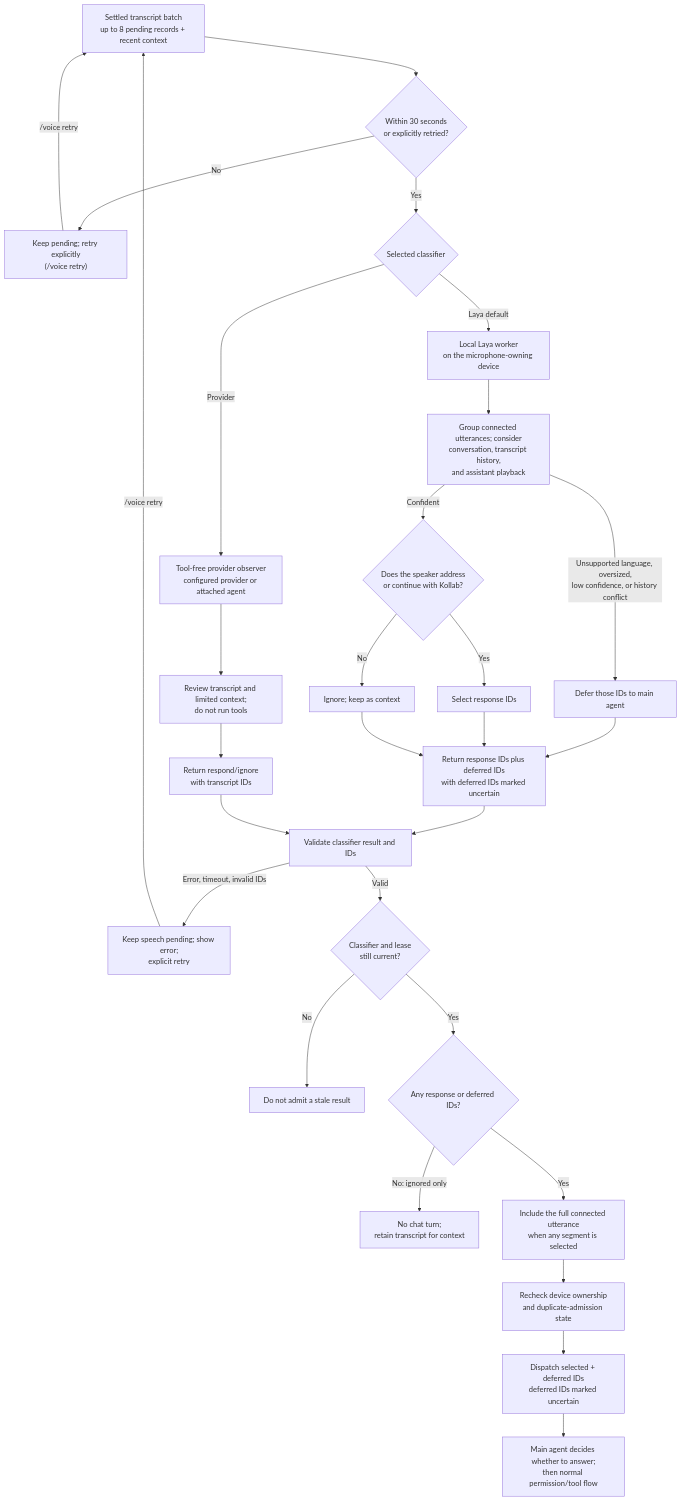
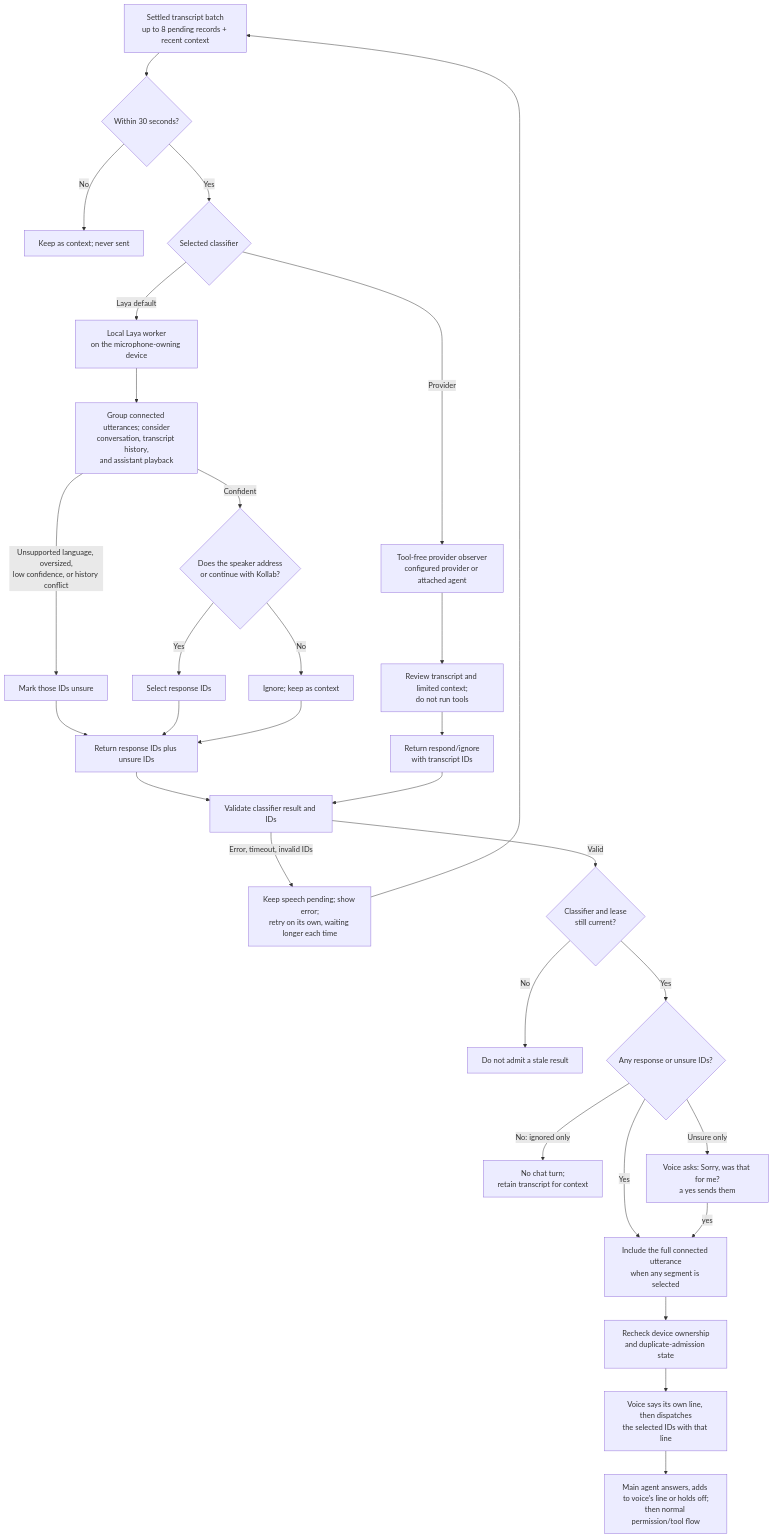
Before and after one commit to kollaborai/kollab: the second of 2 diagrams in docs/features/voice-mode.md, drawn with Mermaid. The commit also changed other lines of this file and 36 other files, not shown here.

````diff
--- a/docs/features/voice-mode.md
+++ b/docs/features/voice-mode.md
@@ -76,35 +83,36 @@
 ```mermaid
 flowchart TD
-    Batch["Settled transcript batch<br/>up to 8 pending records + recent context"] --> Fresh{"Within 30 seconds<br/>or explicitly retried?"}
-    Fresh -->|No| Pending["Keep pending; retry explicitly<br/>(/voice retry)"]
+    Batch["Settled transcript batch<br/>up to 8 pending records + recent context"] --> Fresh{"Within 30 seconds?"}
+    Fresh -->|No| Context["Keep as context; never sent"]
     Fresh -->|Yes| Route{"Selected classifier"}
-    Pending -->|/voice retry| Batch
 
     Route -->|Laya default| Laya["Local Laya worker<br/>on the microphone-owning device"]
     Route -->|Provider| Provider["Tool-free provider observer<br/>configured provider or attached agent"]
 
     Laya --> Assess["Group connected utterances; consider<br/>conversation, transcript history,<br/>and assistant playback"]
-    Assess -->|Unsupported language, oversized,<br/>low confidence, or history conflict| Defer["Defer those IDs to main agent"]
+    Assess -->|Unsupported language, oversized,<br/>low confidence, or history conflict| Defer["Mark those IDs unsure"]
     Assess -->|Confident| LIntent{"Does the speaker address<br/>or continue with Kollab?"}
     LIntent -->|Yes| LSelect["Select response IDs"]
     LIntent -->|No| LIgnore["Ignore; keep as context"]
-    Defer --> LResult["Return response IDs plus deferred IDs<br/>with deferred IDs marked uncertain"]
+    Defer --> LResult["Return response IDs plus unsure IDs"]
     LSelect --> LResult
     LIgnore --> LResult
 
     Provider --> PContext["Review transcript and limited context;<br/>do not run tools"]
     PContext --> PResult["Return respond/ignore<br/>with transcript IDs"]
     LResult --> Validate["Validate classifier result and IDs"]
     PResult --> Validate
 
-    Validate -->|Error, timeout, invalid IDs| Retry["Keep speech pending; show error;<br/>explicit retry"]
-    Retry -->|/voice retry| Batch
+    Validate -->|Error, timeout, invalid IDs| Retry["Keep speech pending; show error;<br/>retry on its own, waiting longer each time"]
+    Retry --> Batch
     Validate -->|Valid| Current{"Classifier and lease<br/>still current?"}
     Current -->|No| Recheck["Do not admit a stale result"]
-    Current -->|Yes| Any{"Any response or deferred IDs?"}
+    Current -->|Yes| Any{"Any response or unsure IDs?"}
     Any -->|No: ignored only| NoTurn["No chat turn;<br/>retain transcript for context"]
+    Any -->|Unsure only| Ask["Voice asks: Sorry, was that for me?<br/>a yes sends them"]
     Any -->|Yes| Expand["Include the full connected utterance<br/>when any segment is selected"]
+    Ask -->|yes| Expand
     Expand --> Guard["Recheck device ownership<br/>and duplicate-admission state"]
-    Guard --> Admit["Dispatch selected + deferred IDs<br/>deferred IDs marked uncertain"]
-    Admit --> Main["Main agent decides whether to answer;<br/>then normal permission/tool flow"]
+    Guard --> Admit["Voice says its own line, then dispatches<br/>the selected IDs with that line"]
+    Admit --> Main["Main agent answers, adds to voice's line or holds off;<br/>then normal permission/tool flow"]
 ```
````
